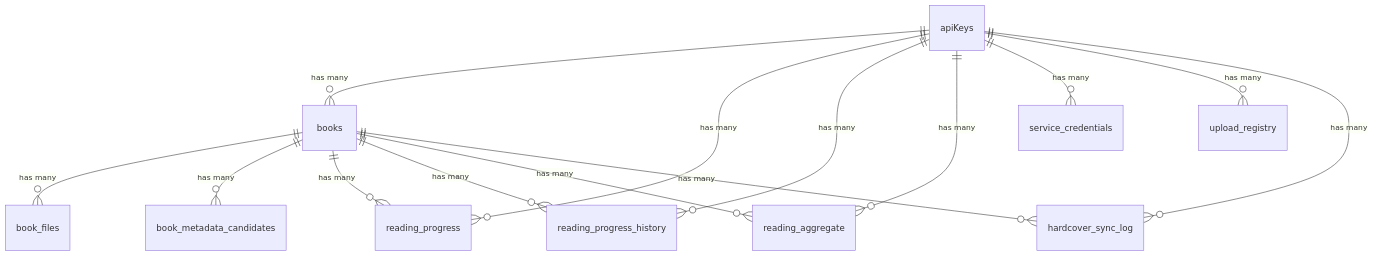
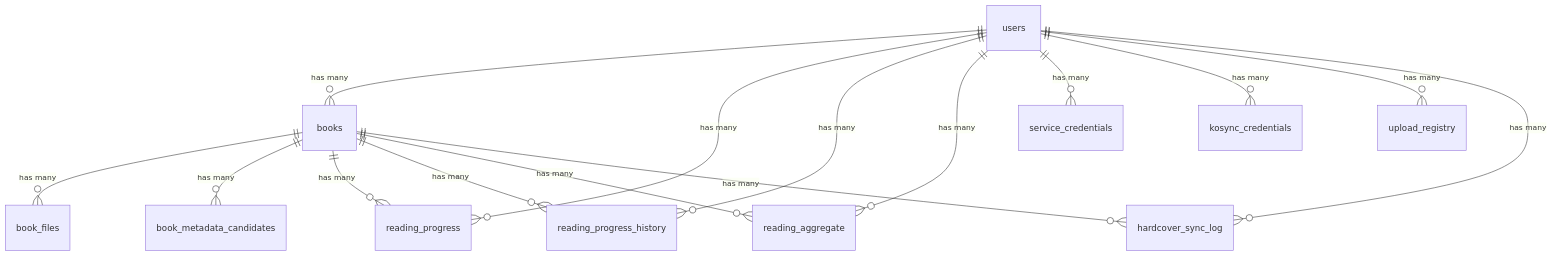
The diagram in docs/database.md (RazorSiM/libris), drawn with Mermaid before and after one commit. The commit also changed other lines of this file and 307 other files, not shown here.

````diff
--- a/docs/database.md
+++ b/docs/database.md
@@ -227,16 +227,17 @@
 ```mermaid
 erDiagram
-    apiKeys ||--o{ books : "has many"
+    users ||--o{ books : "has many"
     books ||--o{ book_files : "has many"
     books ||--o{ book_metadata_candidates : "has many"
     books ||--o{ reading_progress : "has many"
-    apiKeys ||--o{ reading_progress : "has many"
+    users ||--o{ reading_progress : "has many"
     books ||--o{ reading_progress_history : "has many"
-    apiKeys ||--o{ reading_progress_history : "has many"
-    apiKeys ||--o{ reading_aggregate : "has many"
+    users ||--o{ reading_progress_history : "has many"
+    users ||--o{ reading_aggregate : "has many"
     books ||--o{ reading_aggregate : "has many"
-    apiKeys ||--o{ service_credentials : "has many"
-    apiKeys ||--o{ upload_registry : "has many"
+    users ||--o{ service_credentials : "has many"
+    users ||--o{ kosync_credentials : "has many"
+    users ||--o{ upload_registry : "has many"
     books ||--o{ hardcover_sync_log : "has many"
-    apiKeys ||--o{ hardcover_sync_log : "has many"
+    users ||--o{ hardcover_sync_log : "has many"
 ```
````
